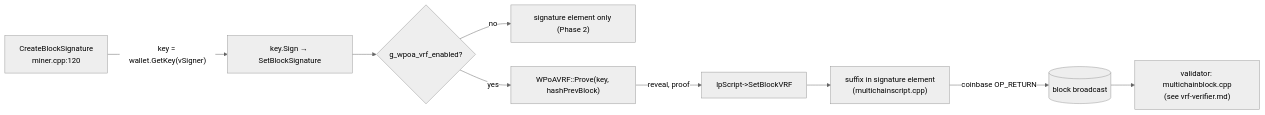
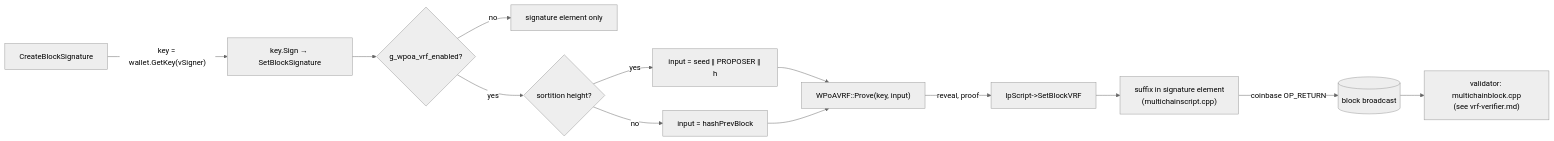
The diagram in docs/vrf-prover.md (FeMattu/multichain), drawn with Mermaid (neutral theme) before and after one commit. The commit also changed other lines of this file and 44 other files, not shown here.

````diff
--- a/docs/vrf-prover.md
+++ b/docs/vrf-prover.md
@@ -165,11 +190,15 @@
 ```mermaid
 flowchart LR
-    CBS["CreateBlockSignature<br/>miner.cpp:120"] -->|"key = wallet.GetKey(vSigner)"| SIGN["key.Sign → SetBlockSignature"]
+    CBS["CreateBlockSignature"] -->|"key = wallet.GetKey(vSigner)"| SIGN["key.Sign → SetBlockSignature"]
     SIGN --> BR{"g_wpoa_vrf_enabled?"}
-    BR -->|no| DONE["signature element only (Phase 2)"]
-    BR -->|yes| PROVE["WPoAVRF::Prove(key, hashPrevBlock)"]
+    BR -->|no| DONE["signature element only"]
+    BR -->|yes| IN{"sortition height?"}
+    IN -->|yes| PS["input = seed ‖ PROPOSER ‖ h"]
+    IN -->|no| PH["input = hashPrevBlock"]
+    PS --> PROVE["WPoAVRF::Prove(key, input)"]
+    PH --> PROVE
     PROVE -->|reveal, proof| SET["lpScript->SetBlockVRF"]
     SET --> ENC["suffix in signature element<br/>(multichainscript.cpp)"]
     ENC -->|coinbase OP_RETURN| CHAIN[("block broadcast")]
     CHAIN --> VAL["validator: multichainblock.cpp<br/>(see vrf-verifier.md)"]
 ```
````
